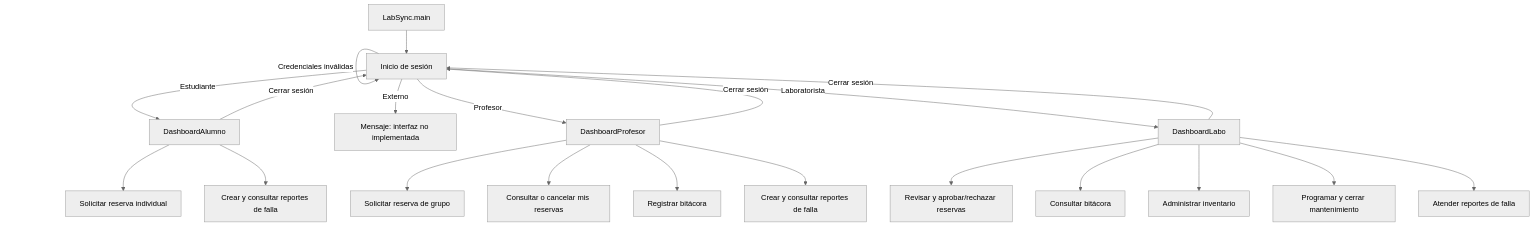
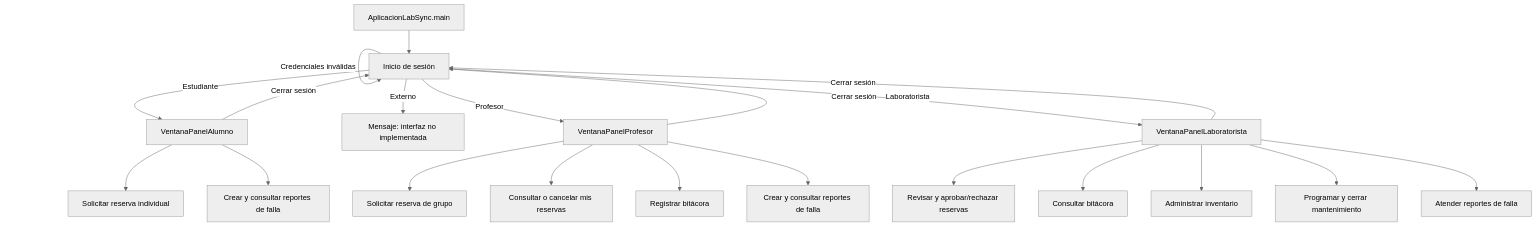
One commit to Ivangamo55/LabSync changed the second of 6 diagrams in docs/ARQUITECTURA_Y_FLUJOS.md. Above: the diagram before and after it, drawn with Mermaid (neutral theme). The commit also changed other lines of this file and 102 other files, not shown here.

````diff
--- a/docs/ARQUITECTURA_Y_FLUJOS.md
+++ b/docs/ARQUITECTURA_Y_FLUJOS.md
@@ -28,27 +28,27 @@
 ```mermaid
 flowchart TD
-    START[LabSync.main] --> LOGIN[Inicio de sesión]
+    START[AplicacionLabSync.main] --> LOGIN[Inicio de sesión]
     LOGIN -->|Credenciales inválidas| LOGIN
-    LOGIN -->|Estudiante| DA[DashboardAlumno]
-    LOGIN -->|Profesor| DP[DashboardProfesor]
-    LOGIN -->|Laboratorista| DL[DashboardLabo]
+    LOGIN -->|Estudiante| DA[VentanaPanelAlumno]
+    LOGIN -->|Profesor| DP[VentanaPanelProfesor]
+    LOGIN -->|Laboratorista| DL[VentanaPanelLaboratorista]
     LOGIN -->|Externo| EXT[Mensaje: interfaz no implementada]
 
     DA --> RA[Solicitar reserva individual]
     DA --> RFA[Crear y consultar reportes de falla]
 
     DP --> RP[Solicitar reserva de grupo]
     DP --> MRP[Consultar o cancelar mis reservas]
     DP --> BP[Registrar bitácora]
     DP --> RFP[Crear y consultar reportes de falla]
 
     DL --> RES[Revisar y aprobar/rechazar reservas]
     DL --> BIT[Consultar bitácora]
     DL --> INV[Administrar inventario]
     DL --> MAN[Programar y cerrar mantenimiento]
     DL --> RF[Atender reportes de falla]
 
     DA -->|Cerrar sesión| LOGIN
     DP -->|Cerrar sesión| LOGIN
     DL -->|Cerrar sesión| LOGIN
 ```
````
